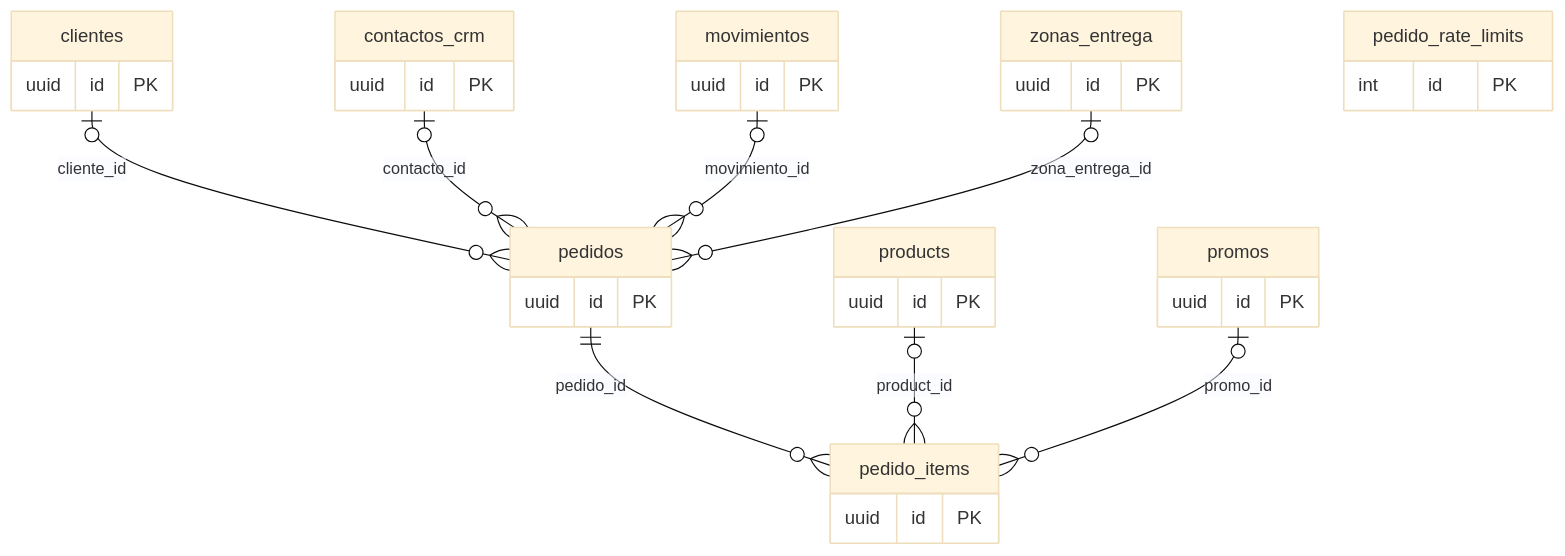
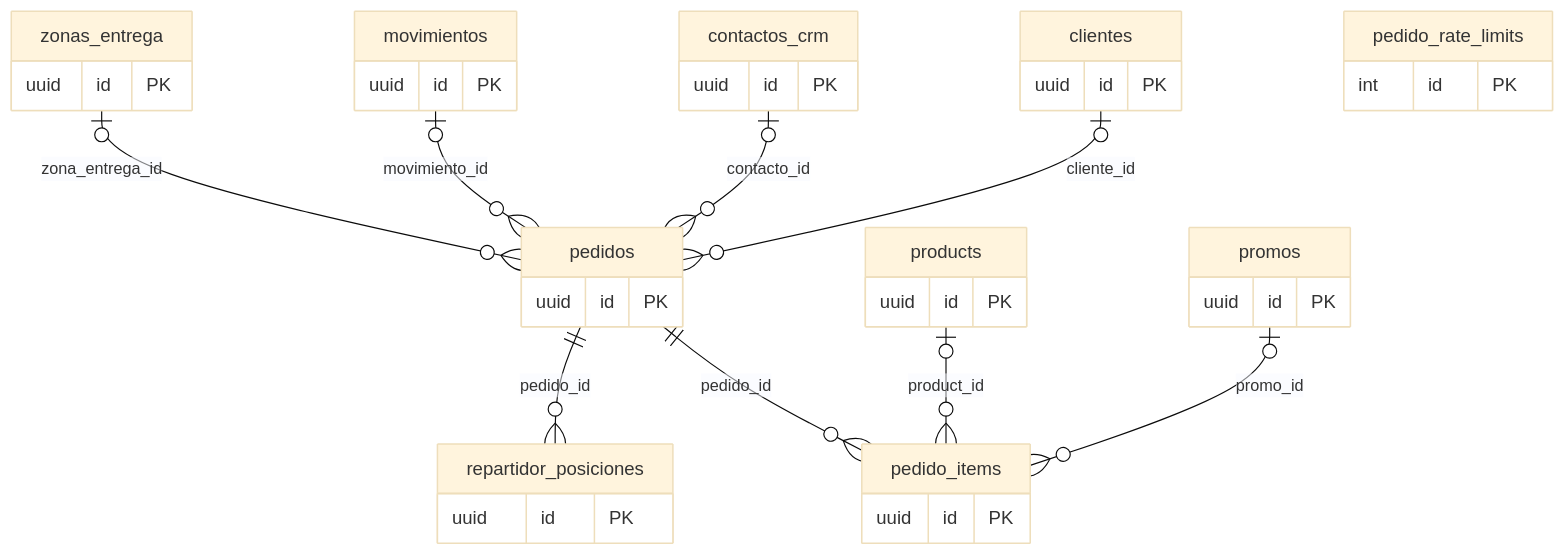
The seventh of 8 diagrams in docs/base-de-datos.md (gabriel-300/kioscos-ideia), drawn with Mermaid (base theme) before and after one commit. The commit also changed other lines of this file and 15 other files, not shown here.

First line of the commit message:
feat: ubicación en vivo del repartidor (la ve el cliente en el seguimiento y el personal en Pedidos)

````diff
--- a/docs/base-de-datos.md
+++ b/docs/base-de-datos.md
@@ -1318,37 +1318,41 @@
 ```mermaid
 erDiagram
   pedidos ||--o{ pedido_items : "pedido_id"
+  pedidos ||--o{ repartidor_posiciones : "pedido_id"
   products |o--o{ pedido_items : "product_id"
   promos |o--o{ pedido_items : "promo_id"
   clientes |o--o{ pedidos : "cliente_id"
   contactos_crm |o--o{ pedidos : "contacto_id"
   movimientos |o--o{ pedidos : "movimiento_id"
   zonas_entrega |o--o{ pedidos : "zona_entrega_id"
   pedidos {
     uuid id PK
   }
   clientes {
     uuid id PK
   }
   pedido_items {
+    uuid id PK
+  }
+  repartidor_posiciones {
     uuid id PK
   }
   zonas_entrega {
     uuid id PK
   }
   pedido_rate_limits {
     int id PK
   }
   products {
     uuid id PK
   }
   promos {
     uuid id PK
   }
   contactos_crm {
     uuid id PK
   }
   movimientos {
     uuid id PK
   }
 ```
````
